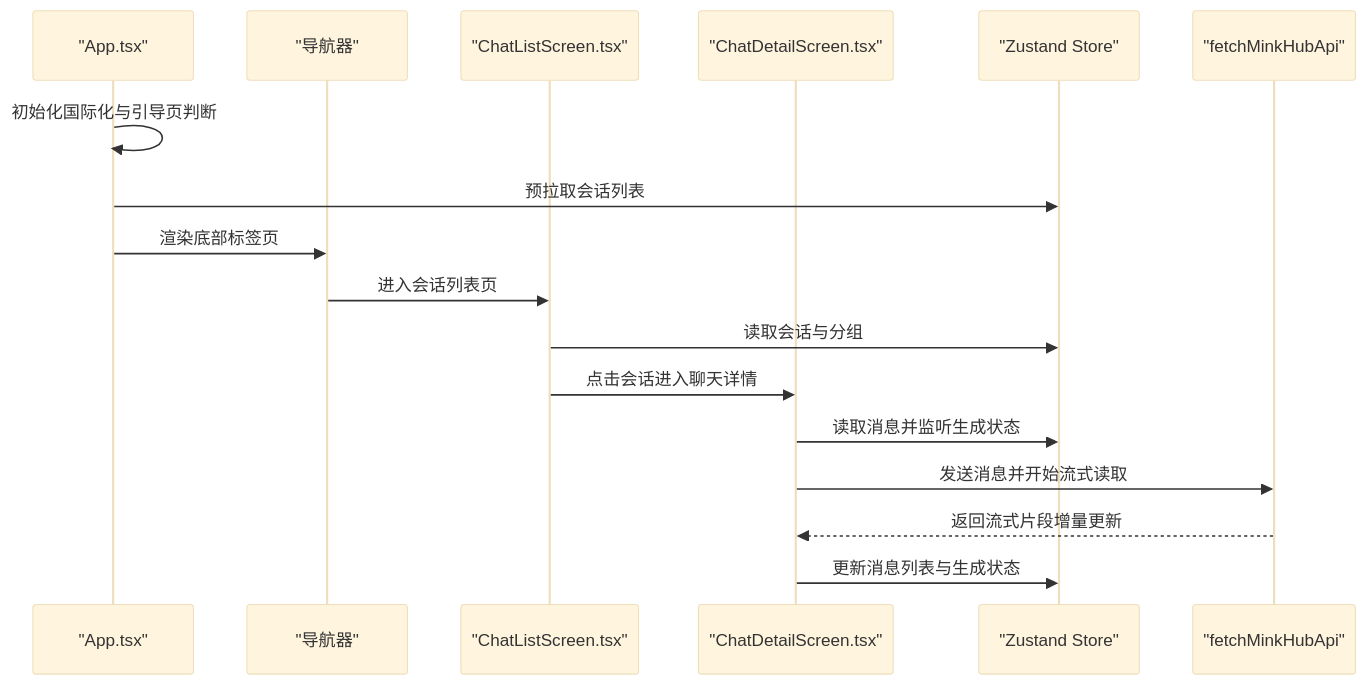
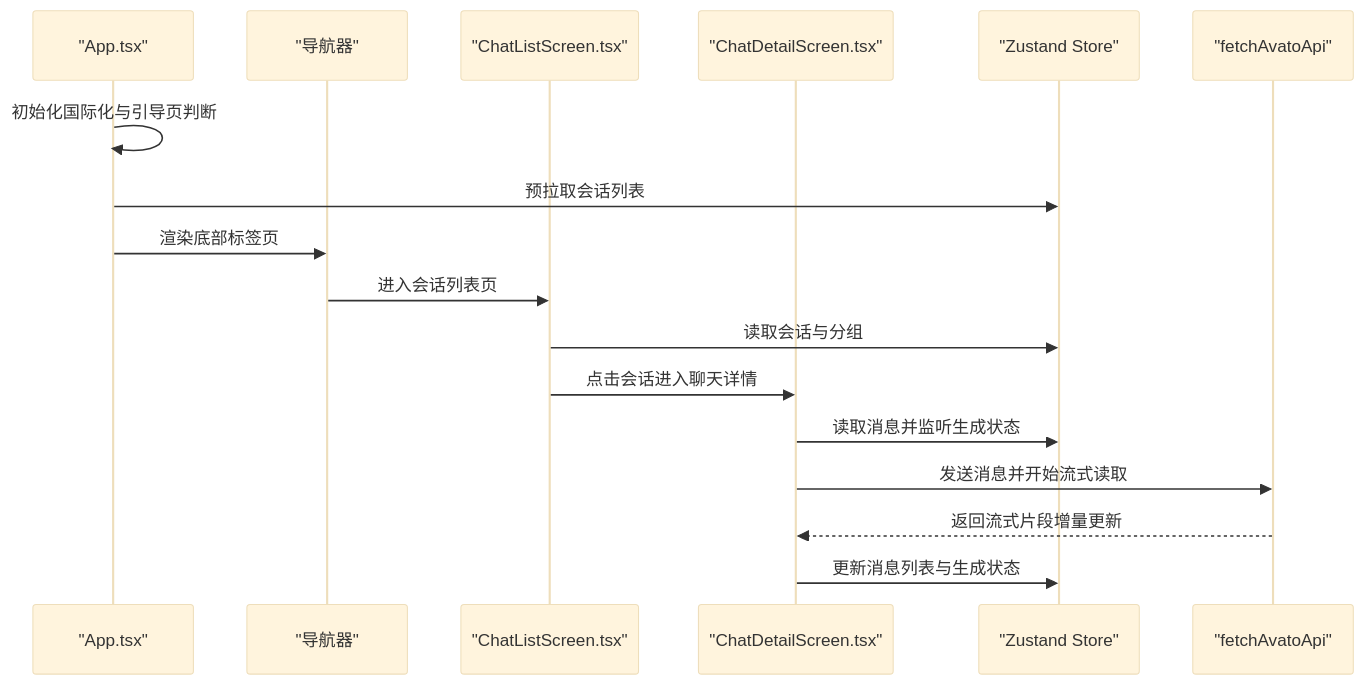
Before and after one commit to AvatoLabs/avato: the second of 9 diagrams in .qoder/repowiki/zh/content/部署与运维/性能优化/移动端性能优化.md, drawn with Mermaid (base theme). The commit also changed other lines of this file and 169 other files, not shown here.

````diff
--- a/.qoder/repowiki/zh/content/部署与运维/性能优化/移动端性能优化.md
+++ b/.qoder/repowiki/zh/content/部署与运维/性能优化/移动端性能优化.md
@@ -117,19 +117,19 @@
 ```mermaid
 sequenceDiagram
 participant App as "App.tsx"
 participant Nav as "导航器"
 participant Home as "ChatListScreen.tsx"
 participant Detail as "ChatDetailScreen.tsx"
 participant Store as "Zustand Store"
-participant API as "fetchMinkHubApi"
+participant API as "fetchAvatoApi"
 App->>App : 初始化国际化与引导页判断
 App->>Store : 预拉取会话列表
 App->>Nav : 渲染底部标签页
 Nav->>Home : 进入会话列表页
 Home->>Store : 读取会话与分组
 Home->>Detail : 点击会话进入聊天详情
 Detail->>Store : 读取消息并监听生成状态
 Detail->>API : 发送消息并开始流式读取
 API-->>Detail : 返回流式片段增量更新
 Detail->>Store : 更新消息列表与生成状态
 ```
````
